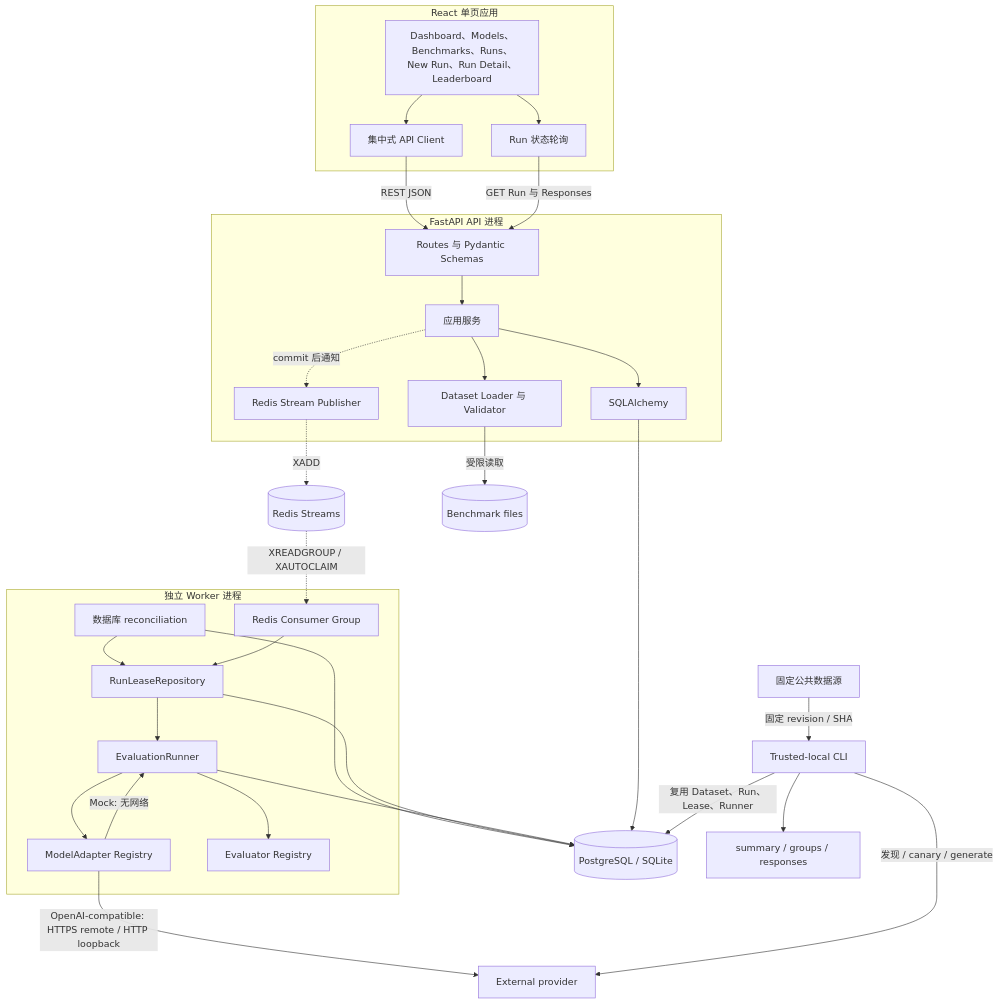
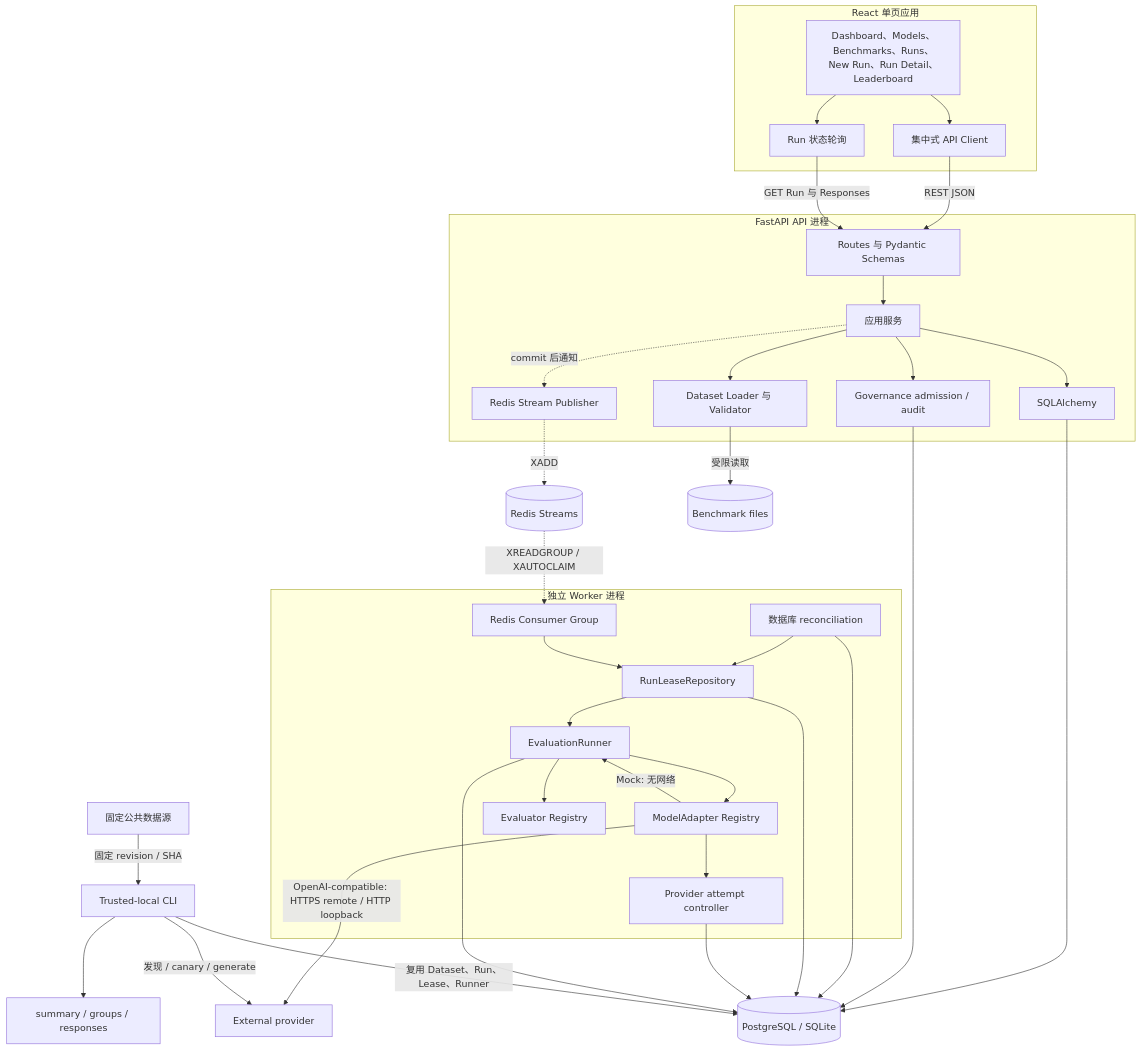
One commit to CWNU-Open-Source-Community/LLMBenchLab changed the second of 7 diagrams in docs/ARCHITECTURE.md. Above: the diagram before and after it, drawn with Mermaid. The commit also changed other lines of this file and 83 other files, not shown here.

````diff
--- a/docs/ARCHITECTURE.md
+++ b/docs/ARCHITECTURE.md
@@ -60,59 +61,65 @@
 ```mermaid
 flowchart TB
     subgraph FE[React 单页应用]
         Pages[Dashboard、Models、Benchmarks、Runs、New Run、Run Detail、Leaderboard]
         Client[集中式 API Client]
         Poller[Run 状态轮询]
         Pages --> Client
         Pages --> Poller
     end
 
     subgraph APIProcess[FastAPI API 进程]
         Routes[Routes 与 Pydantic Schemas]
         Services[应用服务]
+        Governance[Governance admission / audit]
         Importer[Dataset Loader 与 Validator]
         QueuePublisher[Redis Stream Publisher]
         Routes --> Services
+        Services --> Governance
         Services --> Importer
         Services --> APIRepo[SQLAlchemy]
         Services -.->|commit 后通知| QueuePublisher
     end
 
     subgraph WorkerProcess[独立 Worker 进程]
         Reconcile[数据库 reconciliation]
         QueueConsumer[Redis Consumer Group]
         LeaseRepo[RunLeaseRepository]
+        AttemptLedger[Provider attempt controller]
         Runner[EvaluationRunner]
         Adapters[ModelAdapter Registry]
         Evaluators[Evaluator Registry]
         Reconcile --> LeaseRepo
         QueueConsumer --> LeaseRepo
         LeaseRepo --> Runner
         Runner --> Adapters
+        Adapters --> AttemptLedger
         Runner --> Evaluators
     end
 
     DB[(PostgreSQL / SQLite)]
     Redis[(Redis Streams)]
     Files[(Benchmark files)]
     Provider[External provider]
     PinnedSources[固定公共数据源]
     LocalCLI[Trusted-local CLI]
     ReportFiles[summary / groups / responses]
 
     Client -->|REST JSON| Routes
     Poller -->|GET Run 与 Responses| Routes
     Importer -->|受限读取| Files
     APIRepo --> DB
+    Governance --> DB
     QueuePublisher -. XADD .-> Redis
     Redis -. XREADGROUP / XAUTOCLAIM .-> QueueConsumer
     Reconcile --> DB
     LeaseRepo --> DB
+    AttemptLedger --> DB
     Runner --> DB
     Adapters -->|Mock: 无网络| Runner
     Adapters -->|OpenAI-compatible: HTTPS remote / HTTP loopback| Provider
     PinnedSources -->|固定 revision / SHA| LocalCLI
     LocalCLI -->|复用 Dataset、Run、Lease、Runner| DB
     LocalCLI -->|发现 / canary / generate| Provider
     LocalCLI --> ReportFiles
 ```
````
